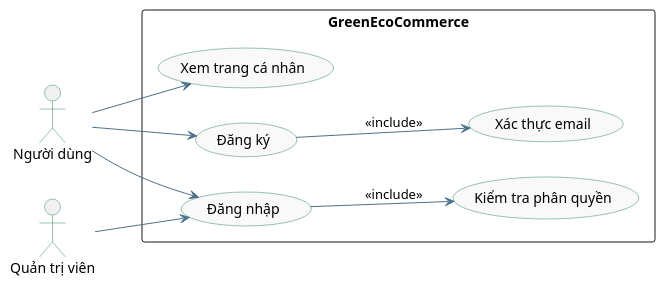
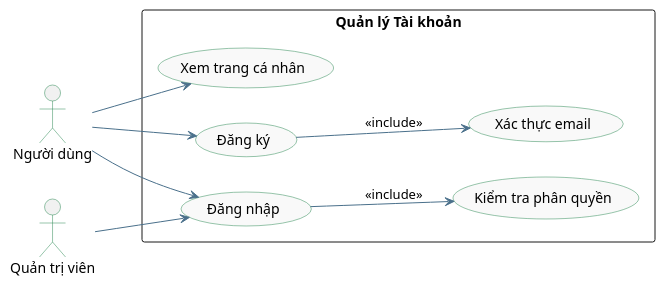
Before and after one commit to lhnhidev/green-eco-commerce: the diagram in docs/diagrams/usecase/usecase_account.puml, drawn with PlantUML. The commit also changed 5 other files, not shown here.

Commit message:
feat: update use case diagrams for account management, cart order, and product category functionalities (#6)

```diff
--- a/docs/diagrams/usecase/usecase_account.puml
+++ b/docs/diagrams/usecase/usecase_account.puml
@@ -1,31 +1,31 @@
 @startuml GreenEcoCommerce_UseCase_Account_v1.0.0
 left to right direction
 
 ' Cấu hình giao diện
 skinparam packageStyle rectangle
 skinparam UseCaseBackgroundColor #F9F9F9
 skinparam UseCaseBorderColor #2E8B57
 skinparam ActorBorderColor #2E8B57
 skinparam ArrowColor #4A708B
 
 actor "Người dùng" as User
 actor "Quản trị viên" as Admin
 
-rectangle "GreenEcoCommerce" {
+rectangle "Quản lý Tài khoản" {
   usecase "Đăng ký" as UC_Reg
   usecase "Đăng nhập" as UC_Login
   usecase "Xem trang cá nhân" as UC_ViewResume
   usecase "Kiểm tra phân quyền" as UC_InspectAuthen
   usecase "Xác thực email" as UC_IdefityEmail
 }
 
 User --> UC_Reg
 User --> UC_Login
 User --> UC_ViewResume
 
 UC_Login --> UC_InspectAuthen : <<include>>
 UC_Reg --> UC_IdefityEmail : <<include>>
 
 Admin --> UC_Login
 
 @enduml
```
